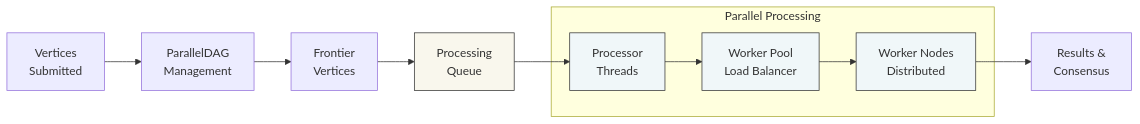
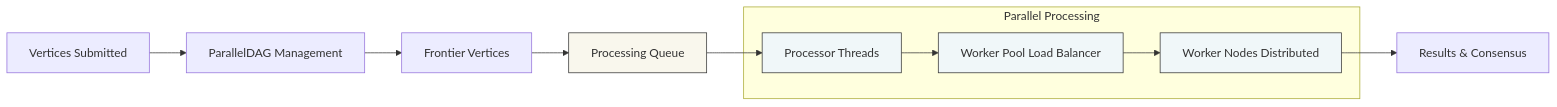
The third of 4 diagrams in README.md (Final-Project-13520137/avalanche-parallel), drawn with Mermaid before and after one commit. The commit also changed other lines of this file, not shown here.

Commit message:
fix architecture diagram

````diff
--- a/README.md
+++ b/README.md
@@ -191,21 +210,21 @@
 ```mermaid
 flowchart LR
-    A[Vertices\nSubmitted] --> B[ParallelDAG\nManagement]
-    B --> C[Frontier\nVertices]
-    C --> D[Processing\nQueue]
-    D --> E[Processor\nThreads]
-    E --> F[Worker Pool\nLoad Balancer]
-    F --> G[Worker Nodes\nDistributed]
-    G --> H[Results &\nConsensus]
+    A[Vertices Submitted] --> B[ParallelDAG Management]
+    B --> C[Frontier Vertices]
+    C --> D[Processing Queue]
+    D --> E[Processor Threads]
+    E --> F[Worker Pool Load Balancer]
+    F --> G[Worker Nodes Distributed]
+    G --> H[Results & Consensus]
     
     style D fill:#f9f7ed,stroke:#333,stroke-width:1px
     style E fill:#f0f7f9,stroke:#333,stroke-width:1px
     style F fill:#f0f7f9,stroke:#333,stroke-width:1px
     style G fill:#f0f7f9,stroke:#333,stroke-width:1px
     
     subgraph Parallel Processing
         E
         F
         G
     end
 ```
````
